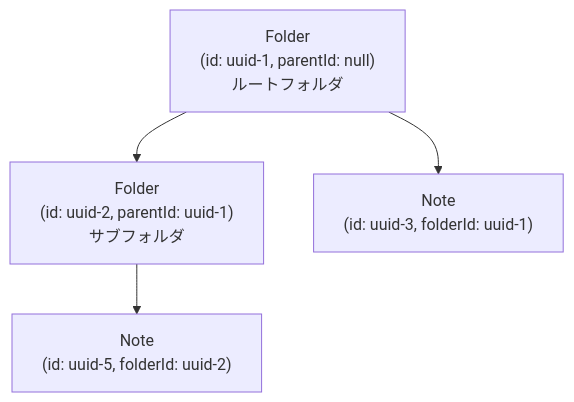
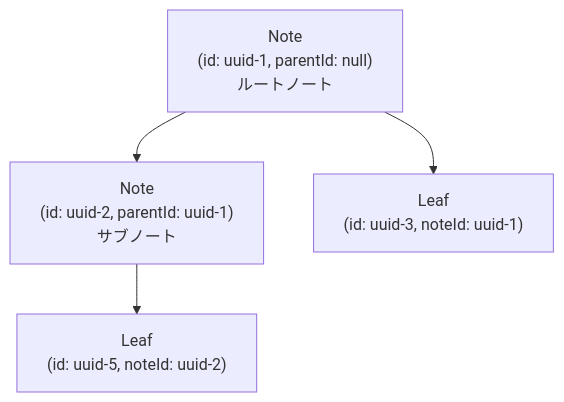
Before and after one commit to kako-jun/simplest-note-md: the diagram in docs/development/data-model.md, drawn with Mermaid. The commit also changed other lines of this file and 5 other files, not shown here.

````diff
--- a/docs/development/data-model.md
+++ b/docs/development/data-model.md
@@ -56,11 +78,11 @@
 ```mermaid
 graph TB
-    F1["Folder<br/>(id: uuid-1, parentId: null)<br/>ルートフォルダ"]
-    F2["Folder<br/>(id: uuid-2, parentId: uuid-1)<br/>サブフォルダ"]
-    N3["Note<br/>(id: uuid-3, folderId: uuid-1)"]
-    N5["Note<br/>(id: uuid-5, folderId: uuid-2)"]
+    N1["Note<br/>(id: uuid-1, parentId: null)<br/>ルートノート"]
+    N2["Note<br/>(id: uuid-2, parentId: uuid-1)<br/>サブノート"]
+    L3["Leaf<br/>(id: uuid-3, noteId: uuid-1)"]
+    L5["Leaf<br/>(id: uuid-5, noteId: uuid-2)"]
 
-    F1 --> F2
-    F1 --> N3
-    F2 --> N5
+    N1 --> N2
+    N1 --> L3
+    N2 --> L5
 ```
````
